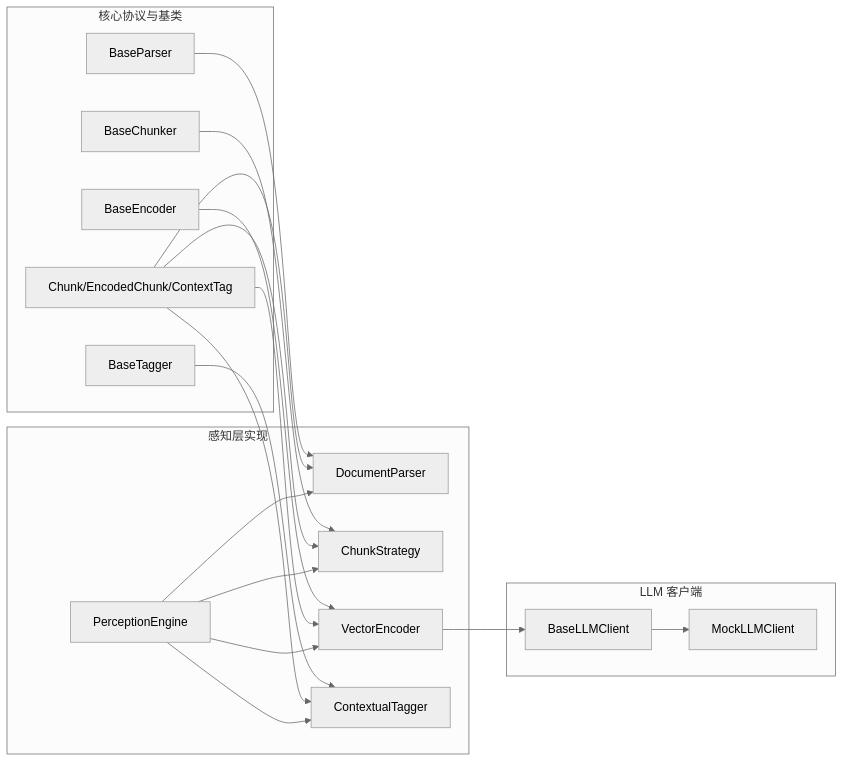
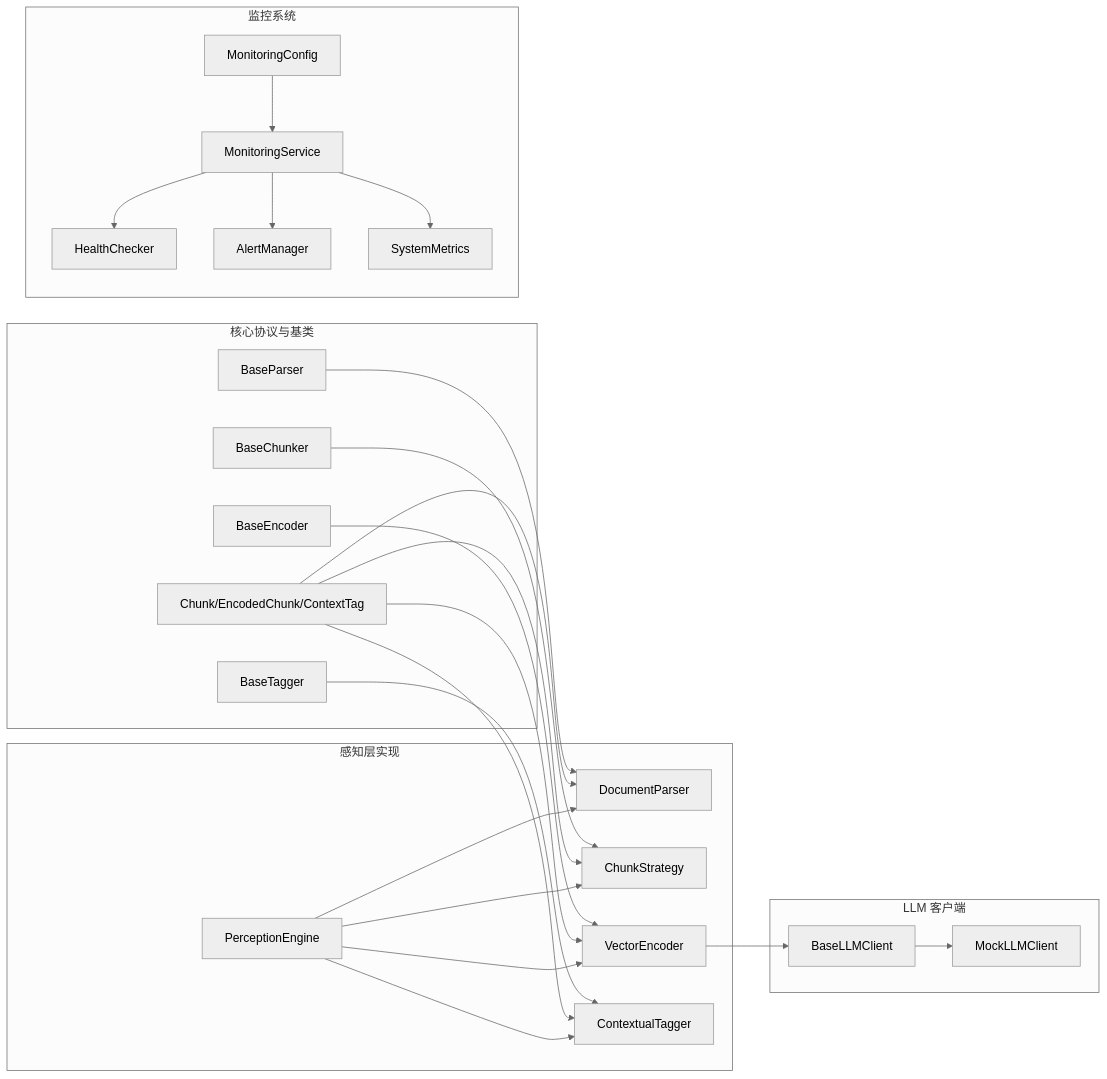
Before and after one commit to JieGaoPrinceton/NecoRAG: the tenth of 12 diagrams in .qoder/repowiki/zh/content/项目概述/技术架构概览.md, drawn with Mermaid (neutral theme). The commit also changed other lines of this file and 17 other files, not shown here.

````diff
--- a/.qoder/repowiki/zh/content/项目概述/技术架构概览.md
+++ b/.qoder/repowiki/zh/content/项目概述/技术架构概览.md
@@ -494,35 +700,46 @@
 ```mermaid
 graph LR
 subgraph "核心协议与基类"
 BP["BaseParser"]
 BC["BaseChunker"]
 BE["BaseEncoder"]
 BT["BaseTagger"]
 CP["Chunk/EncodedChunk/ContextTag"]
 end
 subgraph "感知层实现"
 DP["DocumentParser"]
 CS["ChunkStrategy"]
 VE["VectorEncoder"]
 CT["ContextualTagger"]
 PE["PerceptionEngine"]
 end
 subgraph "LLM 客户端"
 BLC["BaseLLMClient"]
 ML["MockLLMClient"]
 end
+subgraph "监控系统"
+MC["MonitoringConfig"]
+MS["MonitoringService"]
+HM["HealthChecker"]
+AM["AlertManager"]
+SM["SystemMetrics"]
+end
 BP --> DP
 BC --> CS
 BE --> VE
 BT --> CT
 CP --> DP
 CP --> CS
 CP --> VE
 CP --> CT
 VE --> BLC
 BLC --> ML
 PE --> DP
 PE --> CS
 PE --> VE
 PE --> CT
+MC --> MS
+MS --> HM
+MS --> AM
+MS --> SM
 ```
````
